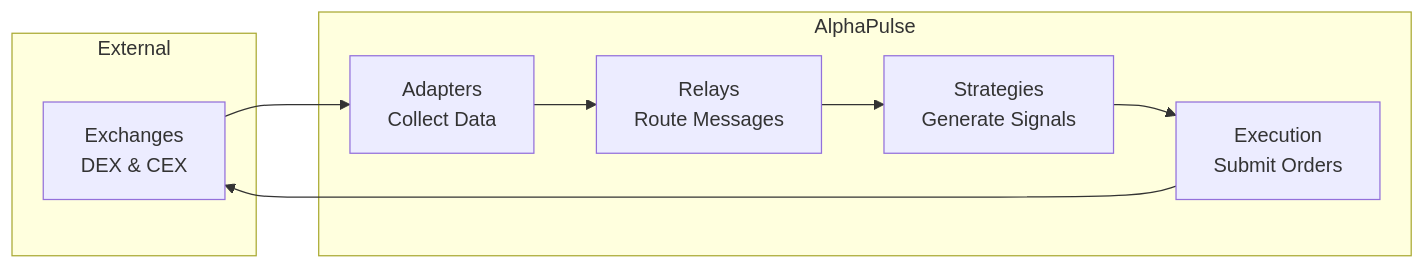
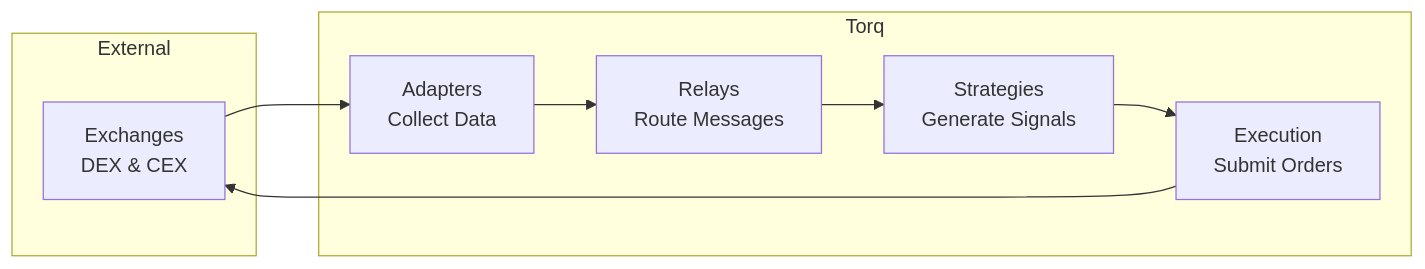
The diagram in backend_v2/README.md (dawsh2/AlphaPulse), drawn with Mermaid before and after one commit. The commit also changed other lines of this file and 915 other files, not shown here.

````diff
--- a/backend_v2/README.md
+++ b/backend_v2/README.md
@@ -67,15 +67,15 @@
 ```mermaid
 graph LR
     subgraph External
         EX[Exchanges<br/>DEX & CEX]
     end
     
-    subgraph AlphaPulse
+    subgraph Torq
         A[Adapters<br/>Collect Data] --> R[Relays<br/>Route Messages]
         R --> S[Strategies<br/>Generate Signals]
         S --> E[Execution<br/>Submit Orders]
     end
     
     EX --> A
     E --> EX
 ```
````
